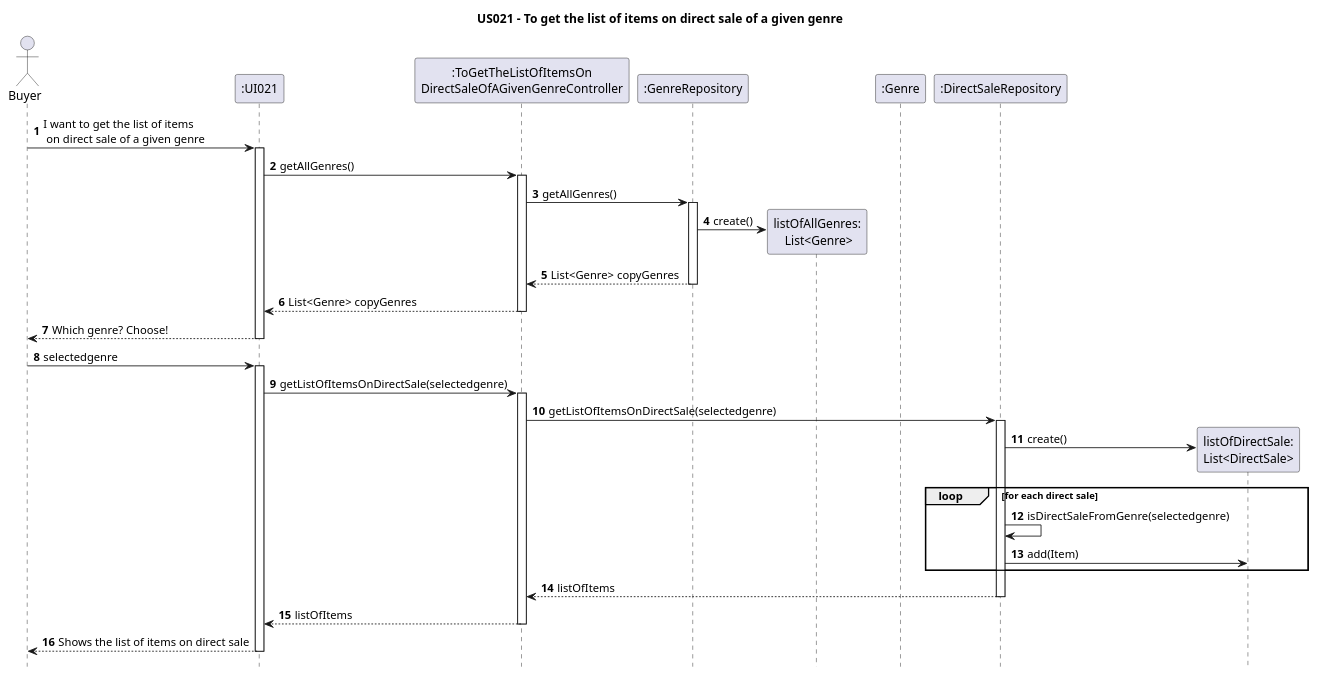
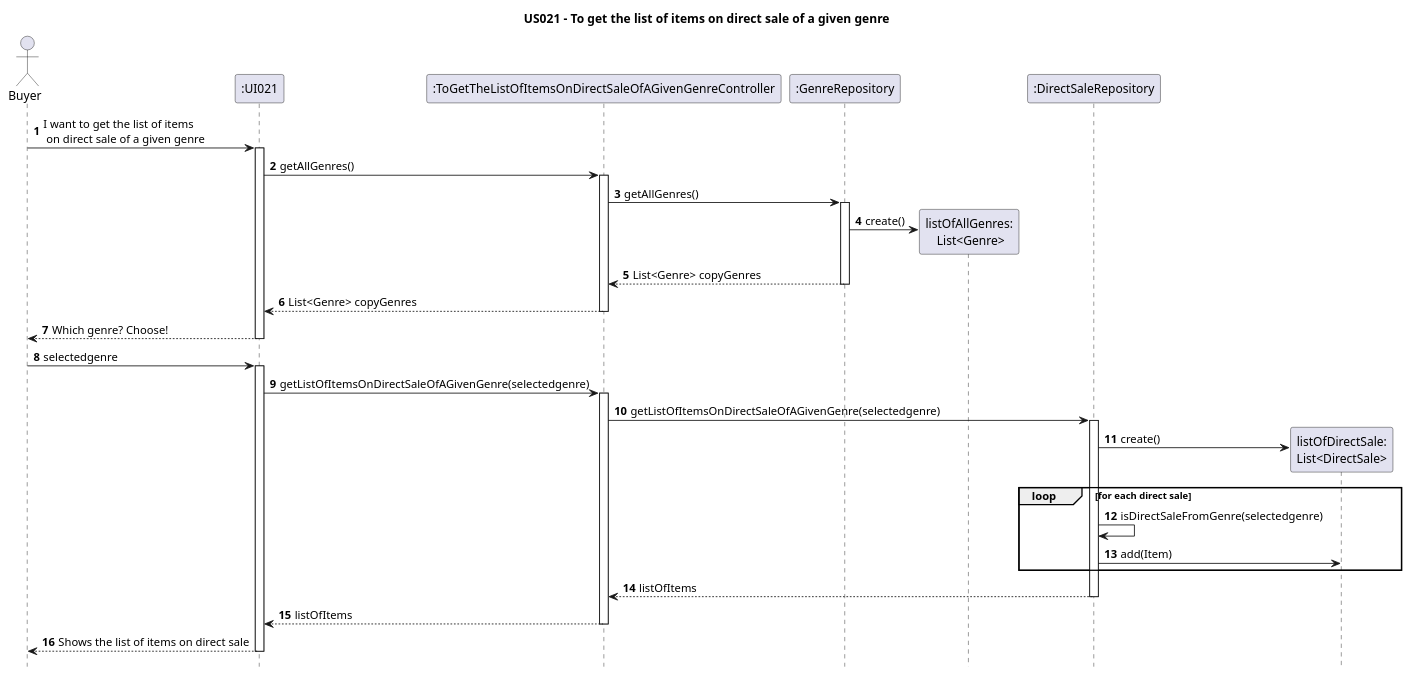
The diagram in Diagrams/SequenceDiagrams/N2/US021-to-get-the-list-of-items-on-direct-sale-of-a-given-genre.puml (AndrePereiraGitH/SWitCH-Project-Team_A), drawn with PlantUML before and after one commit. The commit also changed 2 other files, not shown here.

Commit message:
Working on #99, #68, #69, updated SSD, SD and class diagram from US021

```diff
--- a/Diagrams/SequenceDiagrams/N2/US021-to-get-the-list-of-items-on-direct-sale-of-a-given-genre.puml
+++ b/Diagrams/SequenceDiagrams/N2/US021-to-get-the-list-of-items-on-direct-sale-of-a-given-genre.puml
@@ -1,114 +1,61 @@
 @startuml
 hide footbox
 autonumber
 title US021 - To get the list of items on direct sale of a given genre
 
 actor Buyer
 
 ' Participants
 participant ":UI021" as UI
-participant ":ToGetTheListOfItemsOn\nDirectSaleOfAGivenGenreController" as Ctrl
+participant ":ToGetTheListOfItemsOnDirectSaleOfAGivenGenreController" as Ctrl
 participant ":GenreRepository" as GenreRepo
 participant "listOfAllGenres:\n List<Genre>" as ListGenre
-'participant ":GenreMapper_US021" as GenreMapper
-'participant "genreDTO:\nGenreDTO_US021" as GenreDTO
-participant ":Genre" as Genre
-'participant "listOfAllGenresDTO:\nList<GenreDTO_US021>" as ListGenreDTO
-'participant ":DirectSaleMapper_US021" as DSMapper
 participant ":DirectSaleRepository" as DirectSaleRepo
 participant "listOfDirectSale:\nList<DirectSale>" as ListDS
-'participant "directSaleDTO:\nDirectSaleDTO_US021" as DSDTO
-'participant ":DirectSale" as DS
-'participant "listOfDirectSaleDTO:\nList<DirectSaleDTO_US021>" as ListDSDTO
-
 
 ' Interactions
 
 ' Section 1 - Get all genres
 Buyer -> UI : I want to get the list of items\n on direct sale of a given genre
 activate UI
 UI -> Ctrl : getAllGenres()
 activate Ctrl
 Ctrl -> GenreRepo: getAllGenres()
 activate GenreRepo
 GenreRepo -> ListGenre ** : create()
-'GenreRepo --> Ctrl: listOfAllGenres
-'deactivate GenreRepo
 
 
 GenreRepo --> Ctrl: List<Genre> copyGenres
 deactivate GenreRepo
-
-'Ctrl -> GenreMapper: toDTO(listOfAllGenres)
-'activate GenreMapper
-'GenreMapper -> ListGenreDTO ** : create()
-'loop for each genre
-'    GenreMapper -> Genre: getDetails(genre)
-'    activate Genre
-'    Genre --> GenreMapper: genreDetails
-'    deactivate Genre
-'        GenreMapper -> GenreDTO ** : createDTO(genreDetails)
-'    GenreDTO --> GenreMapper: genreDTO
-'    GenreMapper --> ListGenreDTO: add(genreDTO)
-'end
-'GenreMapper --> Ctrl: listOfAllGenresDTO
-'deactivate GenreMapper
-'Ctrl --> UI : listOfAllGenresDTO
-'deactivate Ctrl
-'Buyer <-- UI : Which genre? Choose!
-'deactivate UI
-
-
 
 Ctrl --> UI : List<Genre> copyGenres
 deactivate Ctrl
 Buyer <-- UI : Which genre? Choose!
 deactivate UI
 
 
 ' Section 2 - Get list of direct sales with the genre chosen
 Buyer -> UI : selectedgenre
 activate UI
-UI -> Ctrl : getListOfItemsOnDirectSale(selectedgenre)
+UI -> Ctrl : getListOfItemsOnDirectSaleOfAGivenGenre(selectedgenre)
 activate Ctrl
-Ctrl -> DirectSaleRepo : getListOfItemsOnDirectSale(selectedgenre)
+Ctrl -> DirectSaleRepo : getListOfItemsOnDirectSaleOfAGivenGenre(selectedgenre)
 activate DirectSaleRepo
 DirectSaleRepo -> ListDS ** : create()
 
 loop for each direct sale
     DirectSaleRepo -> DirectSaleRepo : isDirectSaleFromGenre(selectedgenre)
     DirectSaleRepo -> ListDS: add(Item)
 end
 
-'DirectSaleRepo --> Ctrl : listOfDirectSale
-'deactivate DirectSaleRepo
-
 DirectSaleRepo --> Ctrl : listOfItems
 deactivate DirectSaleRepo
-
-
-'Ctrl -> DSMapper : toDTO(listOfDirectSale)
-'activate DSMapper
-'DSMapper -> ListDSDTO ** : create()
-'loop for each direct sale
-    'DSMapper -> DS: getDetails(directSale)
-    'activate DS
-    'DS --> DSMapper: directSaleDetails
-    'deactivate DS
-    'DSMapper -> DSDTO **: createDTO(directSaleDetails)
-    'DSDTO --> DSMapper: directSaleDTO
-    'DSMapper -> ListDSDTO : add(directSaleDTO)
-'end
-'DSMapper --> Ctrl : listOfDirectSaleDTO
-'deactivate DSMapper
-'Ctrl --> UI : listOfDirectSaleDTO
-'deactivate Ctrl
 
 Ctrl --> UI : listOfItems
 deactivate Ctrl
 
 
 UI --> Buyer : Shows the list of items on direct sale
 deactivate UI
 
 @enduml
```
